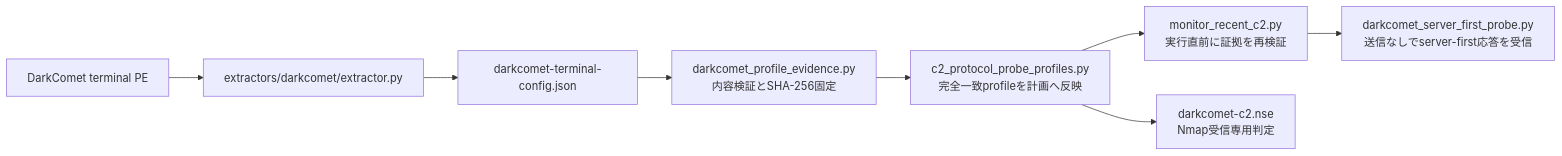
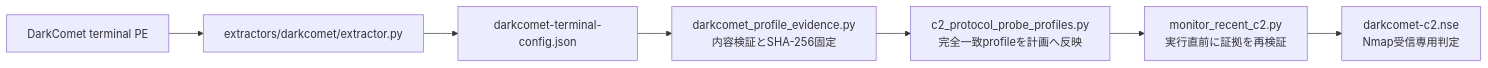
The diagram in analysis-framework/malware/darkcomet/README.md (proshiba/AI-security-analysis), drawn with Mermaid before and after one commit. The commit also changed other lines of this file and 105 other files, not shown here.

````diff
--- a/analysis-framework/malware/darkcomet/README.md
+++ b/analysis-framework/malware/darkcomet/README.md
@@ -7,10 +7,9 @@
 ```mermaid
 flowchart LR
     A["DarkComet terminal PE"] --> B["extractors/darkcomet/extractor.py"]
     B --> C["darkcomet-terminal-config.json"]
     C --> D["darkcomet_profile_evidence.py\n内容検証とSHA-256固定"]
     D --> E["c2_protocol_probe_profiles.py\n完全一致profileを計画へ反映"]
     E --> F["monitor_recent_c2.py\n実行直前に証拠を再検証"]
-    F --> G["darkcomet_server_first_probe.py\n送信なしでserver-first応答を受信"]
-    E --> H["darkcomet-c2.nse\nNmap受信専用判定"]
+    F --> H["darkcomet-c2.nse\nNmap受信専用判定"]
 ```
````
